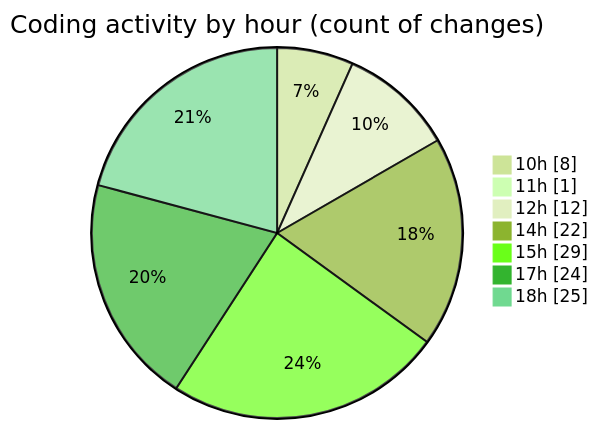
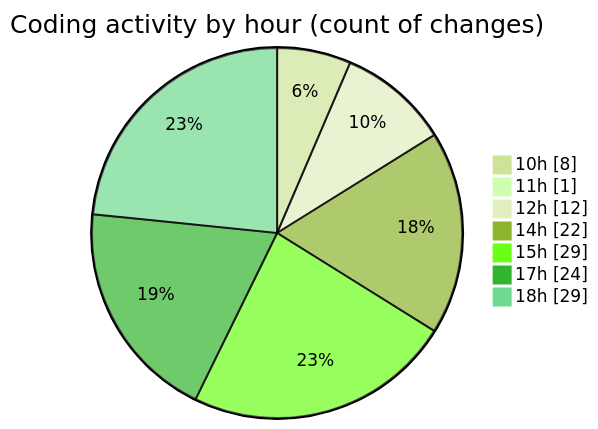
Before and after one commit to momahboobian/code-tracking: the second of 2 diagrams in 2025-07-31/cda/README.md, drawn with Mermaid (forest theme). The commit also changed other lines of this file and 1 other file, not shown here.

````diff
--- a/2025-07-31/cda/README.md
+++ b/2025-07-31/cda/README.md
@@ -40,11 +40,11 @@
 ```mermaid
 pie showData
 title Coding activity by hour (count of changes)
 "10h" : 8
 "11h" : 1
 "12h" : 12
 "14h" : 22
 "15h" : 29
 "17h" : 24
-"18h" : 25
+"18h" : 29
 ```
````
